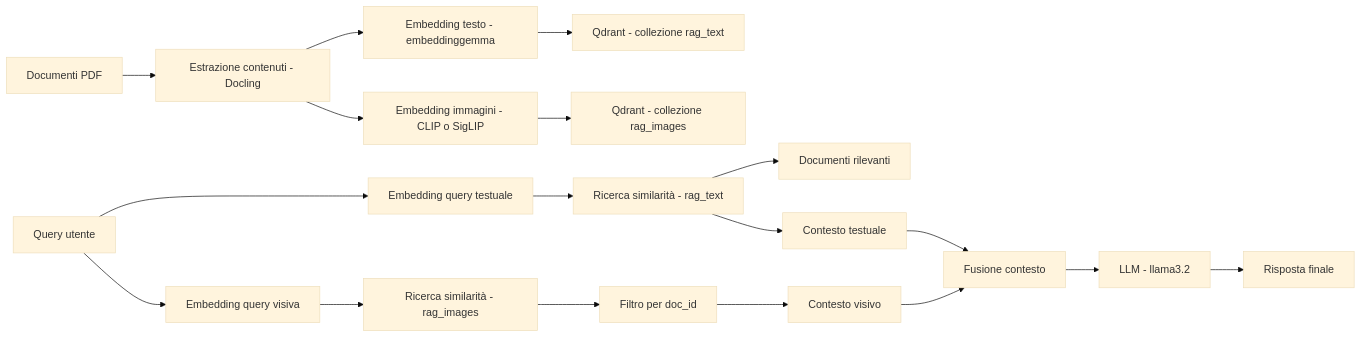
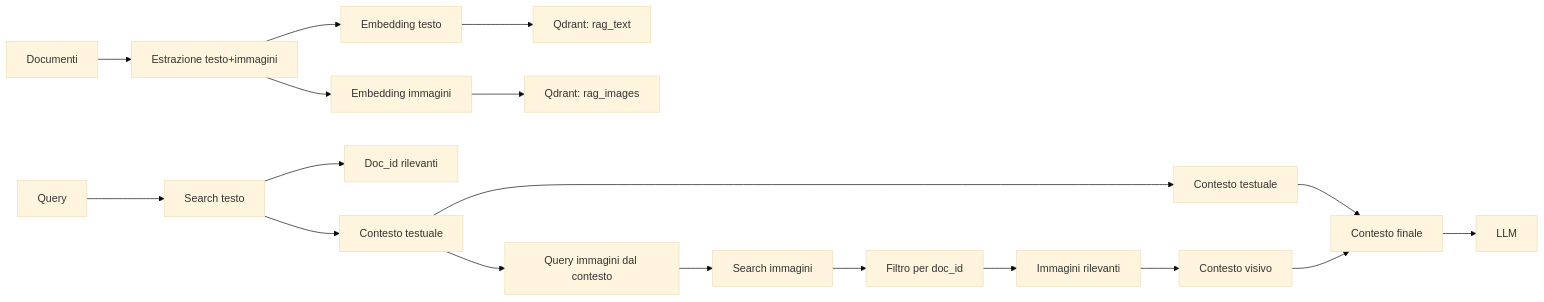
The first of 2 diagrams in README.md (fedepetr/personal_local_rag), drawn with Mermaid (base theme) before and after one commit. The commit also changed other lines of this file and 1 other file, not shown here.

Commit message:
update script

````diff
--- a/README.md
+++ b/README.md
@@ -40,20 +41,20 @@
 ```mermaid
 flowchart LR
-  A[Documenti PDF] --> B[Estrazione contenuti - Docling]
-  B --> C[Embedding testo - embeddinggemma]
-  B --> D[Embedding immagini - CLIP o SigLIP]
-  C --> E[Qdrant - collezione rag_text]
-  D --> F[Qdrant - collezione rag_images]
-  G[Query utente] --> H[Embedding query testuale]
-  H --> I[Ricerca similarità - rag_text]
-  I --> J[Documenti rilevanti]
-  G --> K[Embedding query visiva]
-  K --> L[Ricerca similarità - rag_images]
+  A[Documenti] --> B[Estrazione testo+immagini]
+  B --> C[Embedding testo]
+  B --> D[Embedding immagini]
+  C --> E[Qdrant: rag_text]
+  D --> F[Qdrant: rag_images]
+  G[Query] --> H[Search testo]
+  H --> I[Doc_id rilevanti]
+  H --> J[Contesto testuale]
+  J --> K[Query immagini dal contesto]
+  K --> L[Search immagini]
   L --> M[Filtro per doc_id]
-  I --> N[Contesto testuale]
-  M --> O[Contesto visivo]
-  N --> P[Fusione contesto]
-  O --> P
-  P --> Q[LLM - llama3.2]
-  Q --> R[Risposta finale]
+  M --> N[Immagini rilevanti]
+  J --> O[Contesto testuale]
+  N --> P[Contesto visivo]
+  O --> Q[Contesto finale]
+  P --> Q
+  Q --> R[LLM]
 ```
````
